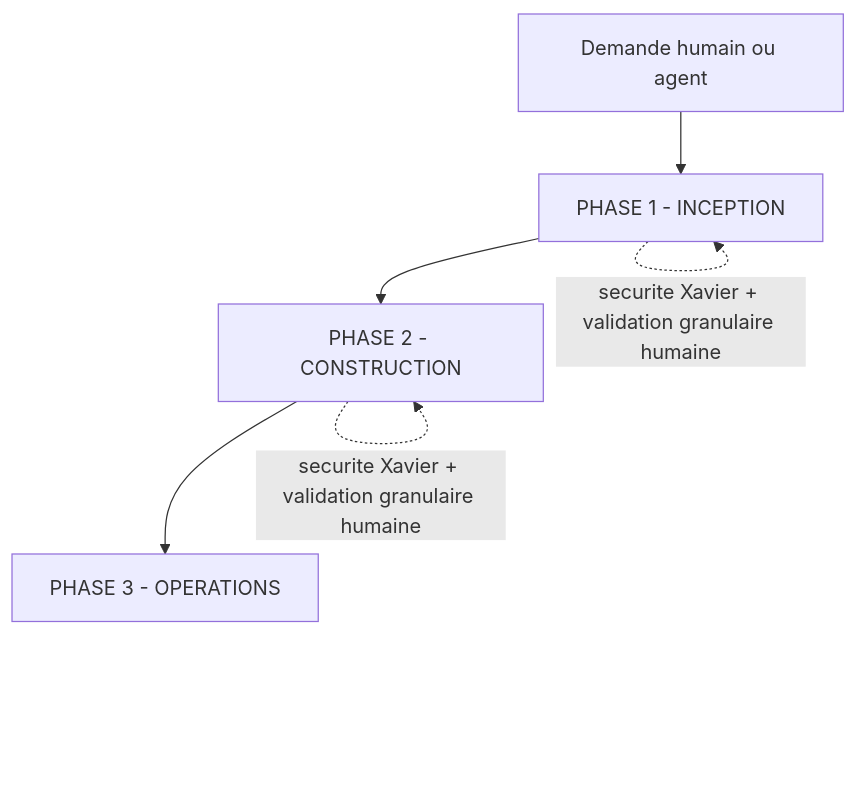
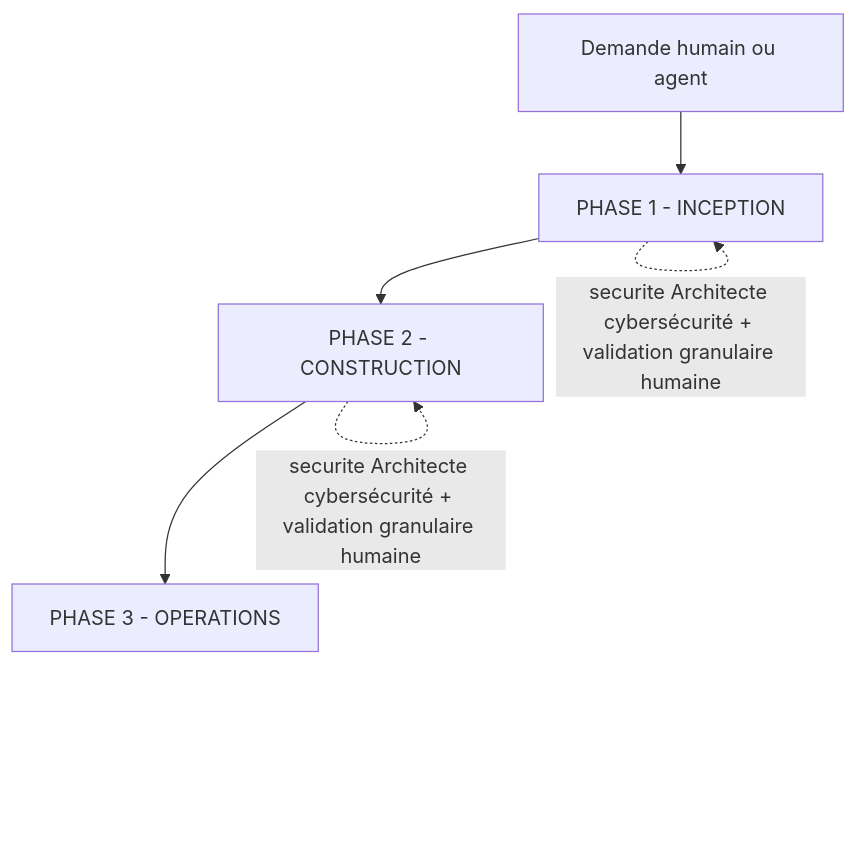
One commit to Gsyltc/homelab-portfolio changed the first of 2 diagrams in architecture-rules/core-workflow.md. Above: the diagram before and after it, drawn with Mermaid. The commit also changed other lines of this file and 22 other files, not shown here.

````diff
--- a/architecture-rules/core-workflow.md
+++ b/architecture-rules/core-workflow.md
@@ -121,8 +121,8 @@
 ```mermaid
 flowchart TD
     A[Demande humain ou agent] --> B[PHASE 1 - INCEPTION]
     B --> C[PHASE 2 - CONSTRUCTION]
     C --> D[PHASE 3 - OPERATIONS]
-    B -.->|securite Xavier + validation granulaire humaine| B
-    C -.->|securite Xavier + validation granulaire humaine| C
+    B -.->|securite Architecte cybersécurité + validation granulaire humaine| B
+    C -.->|securite Architecte cybersécurité + validation granulaire humaine| C
 ```
````
